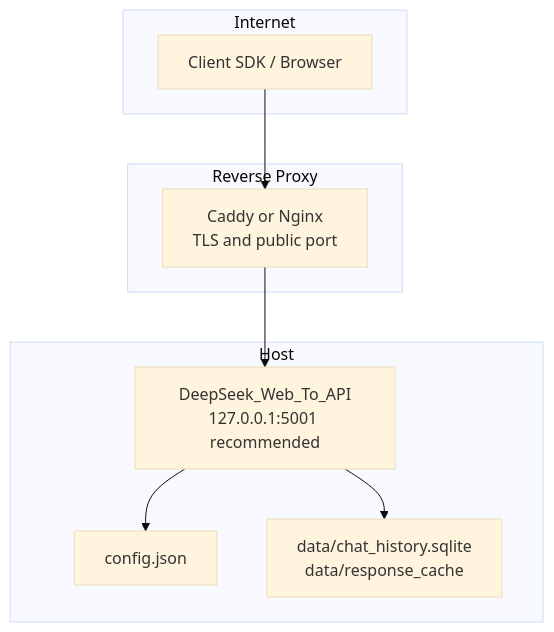
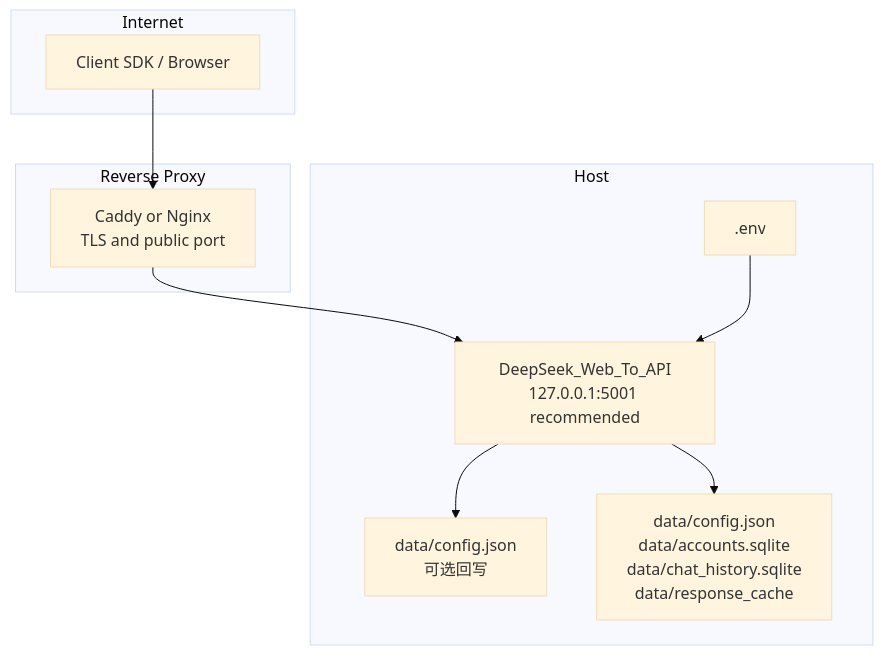
The second of 2 diagrams in docs/deployment.md (marklove5102/DeepSeek_Web_To_API), drawn with Mermaid (base theme) before and after one commit. The commit also changed other lines of this file and 51 other files, not shown here.

````diff
--- a/docs/deployment.md
+++ b/docs/deployment.md
@@ -79,18 +81,20 @@
 ```mermaid
 graph TB
 subgraph "Internet"
 CLIENT["Client SDK / Browser"]
 end
 subgraph "Reverse Proxy"
 PROXY["Caddy or Nginx<br/>TLS and public port"]
 end
 subgraph "Host"
 APP["DeepSeek_Web_To_API<br/>127.0.0.1:5001 recommended"]
-CONFIG["config.json"]
-DATA["data/chat_history.sqlite<br/>data/response_cache"]
+CONFIG["data/config.json<br/>可选回写"]
+ENV[".env"]
+DATA["data/config.json<br/>data/accounts.sqlite<br/>data/chat_history.sqlite<br/>data/response_cache"]
 end
 CLIENT --> PROXY
 PROXY --> APP
+ENV --> APP
 APP --> CONFIG
 APP --> DATA
 ```
````
